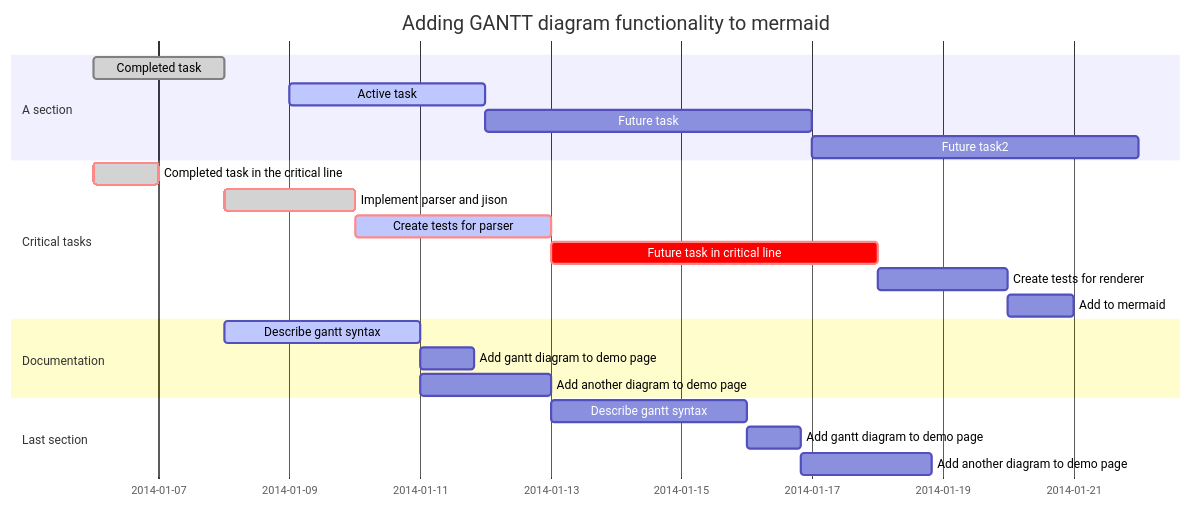
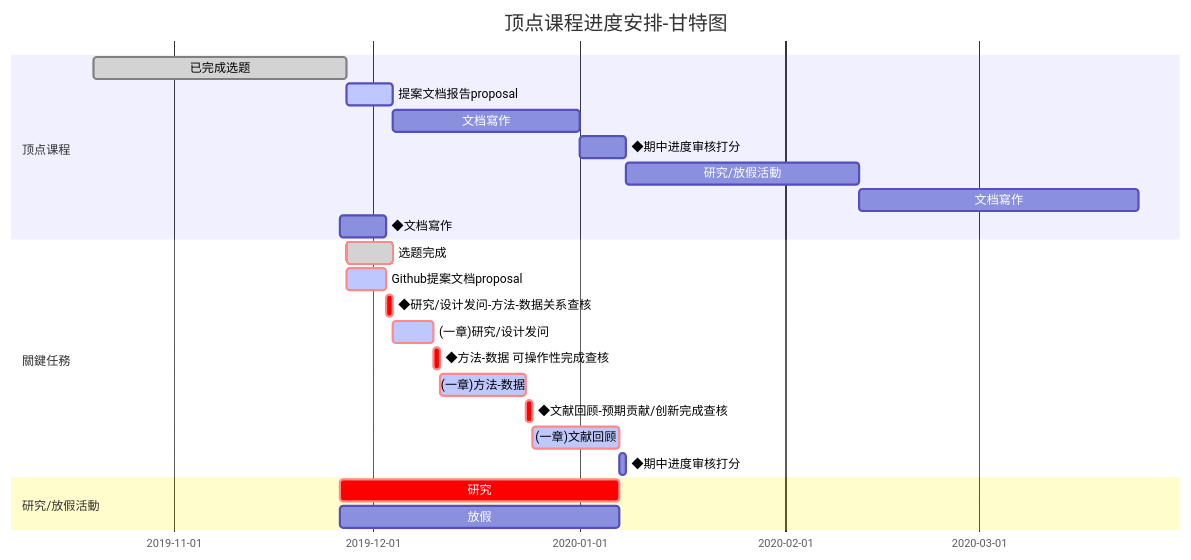
Before and after one commit to q3466141541/CapstoneProject: the diagram in prjs/proposal.md, drawn with Mermaid. The commit also changed other lines of this file, not shown here.

Commit message:
甘特图
顶点课程进度安排-甘特图

```diff
--- a/prjs/proposal.md
+++ b/prjs/proposal.md
@@ -96,29 +96,30 @@
 <div class="mermaid" style="background-color:lightgreen;"> 
 gantt
        dateFormat  YYYY-MM-DD
-       title Adding GANTT diagram functionality to mermaid
+       title 顶点课程进度安排-甘特图
 
-       section A section
-       Completed task            :done,    des1, 2014-01-06,2014-01-08
-       Active task               :active,  des2, 2014-01-09, 3d
-       Future task               :         des3, after des2, 5d
-       Future task2              :         des4, after des3, 5d
+       section 顶点课程
+       已完成选题                :done,    des1, 2019-10-20,2019-11-27
+       提案文档报告proposal      :active,  des2, 2019-11-27, 7d
+       文档寫作                  :         des3, after des2, 28d
+       ◆期中进度审核打分         :         des4, after des3, 7d
+       研究/放假活動             :         des5, after des4, 35d
+       文档寫作:主要发现         :         des6, after des5, 42d
+       ◆文档寫作:全文提交(TBA待定):         des7, after des6, 7d
 
-       section Critical tasks
-       Completed task in the critical line :crit, done, 2014-01-06,24h
-       Implement parser and jison          :crit, done, after des1, 2d
-       Create tests for parser             :crit, active, 3d
-       Future task in critical line        :crit, 5d
-       Create tests for renderer           :2d
-       Add to mermaid                      :1d
+       section 關鍵任務
+       选题完成                  :crit, done, after des1, 7d
+       Github提案文档proposal    :crit, active, 2019-11-27,6d
+       ◆研究/设计发问-方法-数据关系查核  :crit, 1d
+       (一章)研究/设计发问       :crit, active, 2019-12-04,6d
+       ◆方法-数据 可操作性完成查核       :crit, 1d
+       (一章)方法-数据           :crit, active, 2019-12-11,13d
+       ◆文献回顾-预期贡献/创新完成查核     :crit, 1d
+       (一章)文献回顾           :crit, active, 2019-12-25,13d
+       ◆期中进度审核打分                   :1d
 
-       section Documentation
-       Describe gantt syntax               :active, a1, after des1, 3d
-       Add gantt diagram to demo page      :after a1  , 20h
-       Add another diagram to demo page    :doc1, after a1  , 48h
+       section 研究/放假活動
+       研究                     :crit, after des6, 42d
+       放假                     :      vac1, after des6, 42d
 
-       section Last section
-       Describe gantt syntax               :after doc1, 3d
-       Add gantt diagram to demo page      :20h
-       Add another diagram to demo page    :48h
 </div>
```
